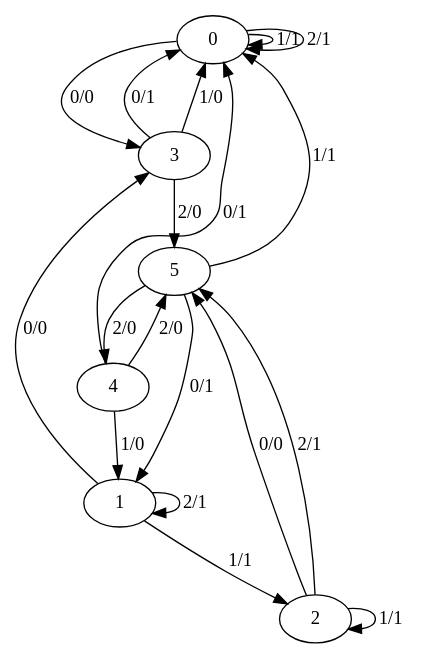
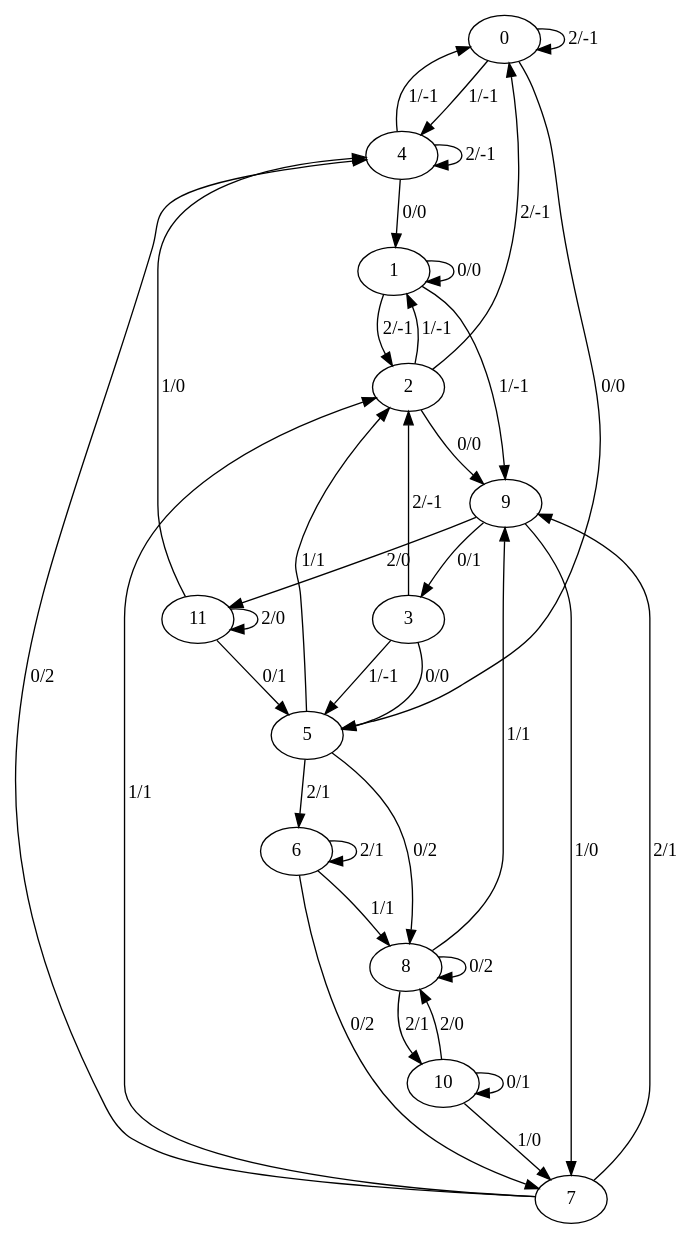
Before and after one commit to protasov-ilja/TAiFYA: the diagram in Minimization/Minimization/test.dot, drawn with Graphviz. The commit also changed 105 other files, not shown here.

```diff
--- a/Minimization/Minimization/test.dot
+++ b/Minimization/Minimization/test.dot
@@ -1,26 +1,50 @@
 digraph G {
 0;
 1;
 2;
 3;
 4;
 5;
-0->3  [label="0/0", weight="0/0"];
-0->0  [label="1/1", weight="1/1"];
-0->0  [label="2/1", weight="2/1"];
-1->3  [label="0/0", weight="0/0"];
-1->2  [label="1/1", weight="1/1"];
-1->1  [label="2/1", weight="2/1"];
-2->5  [label="0/0", weight="0/0"];
-2->2  [label="1/1", weight="1/1"];
-2->5  [label="2/1", weight="2/1"];
-3->0  [label="0/1", weight="0/1"];
-3->0  [label="1/0", weight="1/0"];
-3->5  [label="2/0", weight="2/0"];
-4->0  [label="0/1", weight="0/1"];
-4->1  [label="1/0", weight="1/0"];
-4->5  [label="2/0", weight="2/0"];
-5->1  [label="0/1", weight="0/1"];
-5->0  [label="1/1", weight="1/1"];
-5->4  [label="2/0", weight="2/0"];
+6;
+7;
+8;
+9;
+10;
+11;
+0->5  [label="0/0", weight="0/0"];
+0->4  [label="1/-1", weight="1/-1"];
+0->0  [label="2/-1", weight="2/-1"];
+1->1  [label="0/0", weight="0/0"];
+1->9  [label="1/-1", weight="1/-1"];
+1->2  [label="2/-1", weight="2/-1"];
+2->9  [label="0/0", weight="0/0"];
+2->1  [label="1/-1", weight="1/-1"];
+2->0  [label="2/-1", weight="2/-1"];
+3->5  [label="0/0", weight="0/0"];
+3->5  [label="1/-1", weight="1/-1"];
+3->2  [label="2/-1", weight="2/-1"];
+4->1  [label="0/0", weight="0/0"];
+4->0  [label="1/-1", weight="1/-1"];
+4->4  [label="2/-1", weight="2/-1"];
+5->8  [label="0/2", weight="0/2"];
+5->2  [label="1/1", weight="1/1"];
+5->6  [label="2/1", weight="2/1"];
+6->7  [label="0/2", weight="0/2"];
+6->8  [label="1/1", weight="1/1"];
+6->6  [label="2/1", weight="2/1"];
+7->4  [label="0/2", weight="0/2"];
+7->2  [label="1/1", weight="1/1"];
+7->9  [label="2/1", weight="2/1"];
+8->8  [label="0/2", weight="0/2"];
+8->9  [label="1/1", weight="1/1"];
+8->10  [label="2/1", weight="2/1"];
+9->3  [label="0/1", weight="0/1"];
+9->7  [label="1/0", weight="1/0"];
+9->11  [label="2/0", weight="2/0"];
+10->10  [label="0/1", weight="0/1"];
+10->7  [label="1/0", weight="1/0"];
+10->8  [label="2/0", weight="2/0"];
+11->5  [label="0/1", weight="0/1"];
+11->4  [label="1/0", weight="1/0"];
+11->11  [label="2/0", weight="2/0"];
 }
```
